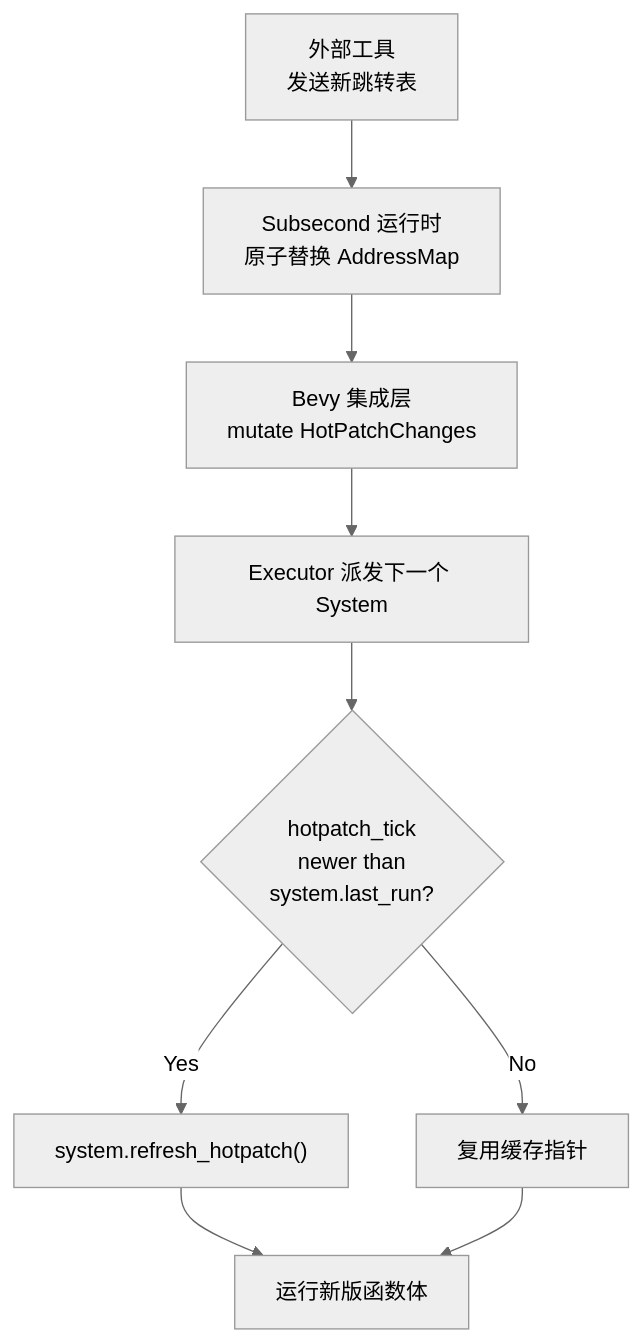
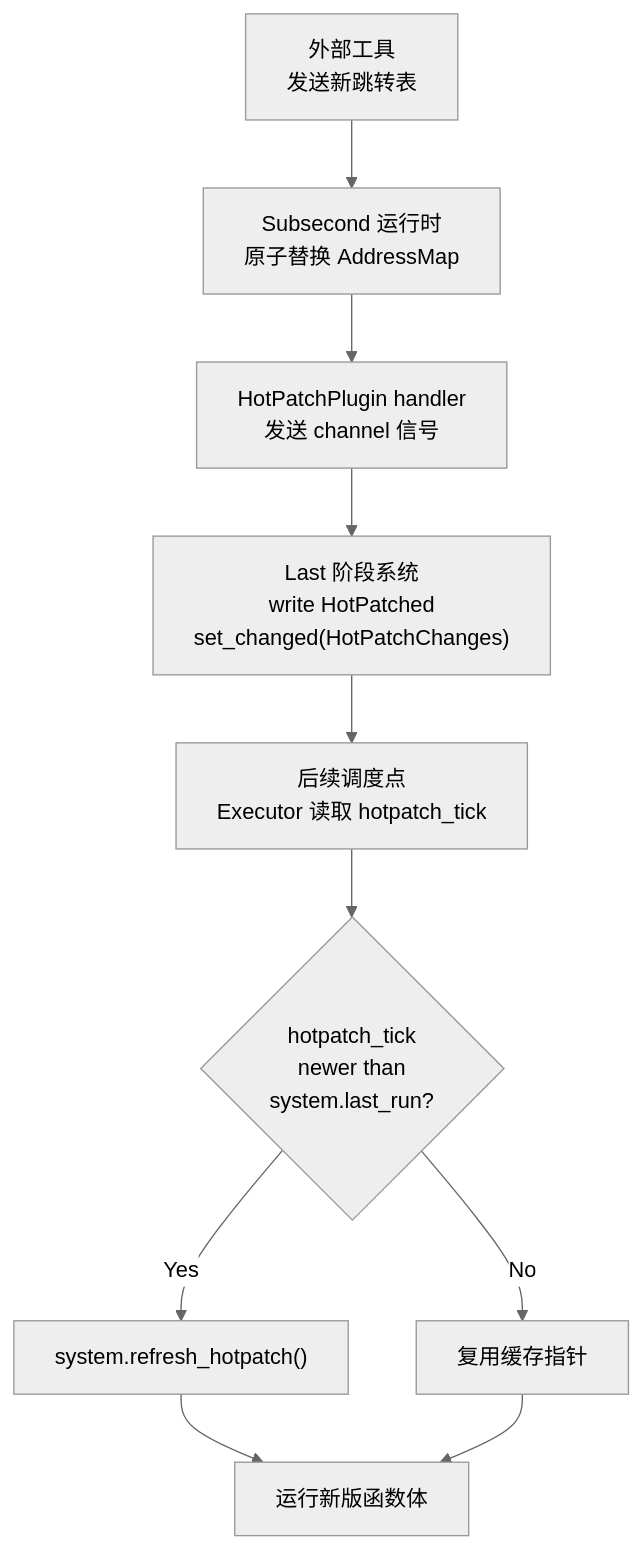
The fourth of 4 diagrams in src/ch24-diagnostics.md (ZhangHanDong/bevy-book), drawn with Mermaid (neutral theme) before and after one commit. The commit also changed other lines of this file and 17 other files, not shown here.

````diff
--- a/src/ch24-diagnostics.md
+++ b/src/ch24-diagnostics.md
@@ -335,11 +335,12 @@
 ```mermaid
 flowchart TD
     A["外部工具<br/>发送新跳转表"] --> B["Subsecond 运行时<br/>原子替换 AddressMap"]
-    B --> C["Bevy 集成层<br/>mutate HotPatchChanges"]
-    C --> D["Executor 派发下一个 System"]
-    D --> E{"hotpatch_tick<br/>newer than<br/>system.last_run?"}
-    E -- "Yes" --> F["system.refresh_hotpatch()"]
-    E -- "No" --> G["复用缓存指针"]
-    F --> H["运行新版函数体"]
-    G --> H
+    B --> C["HotPatchPlugin handler<br/>发送 channel 信号"]
+    C --> D["Last 阶段系统<br/>write HotPatched<br/>set_changed(HotPatchChanges)"]
+    D --> E["后续调度点<br/>Executor 读取 hotpatch_tick"]
+    E --> F{"hotpatch_tick<br/>newer than<br/>system.last_run?"}
+    F -- "Yes" --> G["system.refresh_hotpatch()"]
+    F -- "No" --> H["复用缓存指针"]
+    G --> I["运行新版函数体"]
+    H --> I
 ```
````
